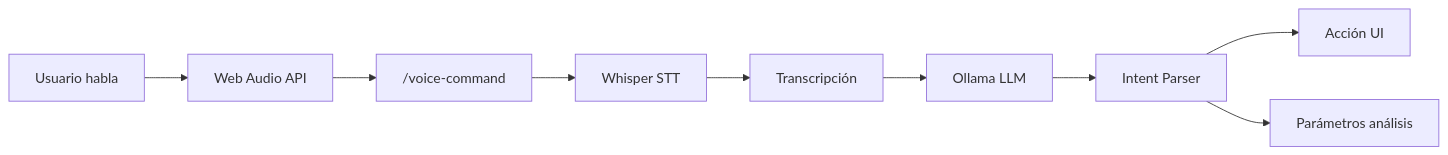
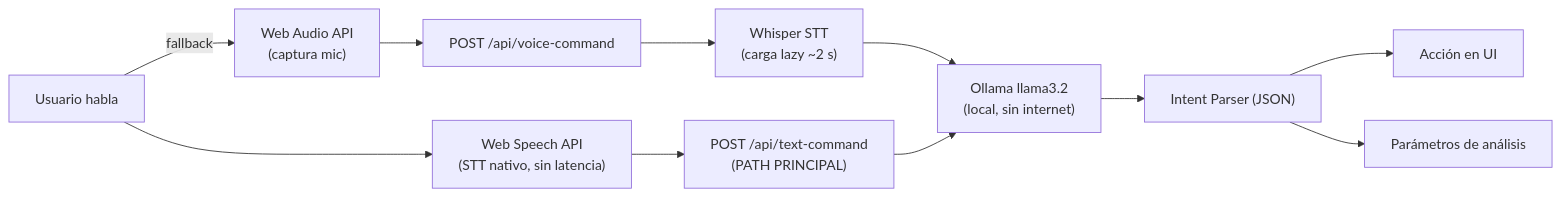
Before and after one commit to Zidnz/Milpin-pp26-v.1-: the third of 3 diagrams in README.md, drawn with Mermaid. The commit also changed other lines of this file, not shown here.

````diff
--- a/README.md
+++ b/README.md
@@ -557,11 +626,17 @@
 ```mermaid
 flowchart LR
-    USER["Usuario habla"] --> AUDIO["Web Audio API"]
-    AUDIO --> ENDPOINT["/voice-command"]
-    ENDPOINT --> WHISPER["Whisper STT"]
-    WHISPER --> TEXT["Transcripción"]
-    TEXT --> OLLAMA["Ollama LLM"]
-    OLLAMA --> PARSER["Intent Parser"]
-    PARSER --> UI["Acción UI"]
-    PARSER --> PARAMS["Parámetros análisis"]
+    USER["Usuario habla"]
+
+    USER --> WSA["Web Speech API\n(STT nativo, sin latencia)"]
+    WSA --> TEXT_CMD["POST /api/text-command\n(PATH PRINCIPAL)"]
+
+    USER --> |"fallback"| AUDIO["Web Audio API\n(captura mic)"]
+    AUDIO --> VOICE_CMD["POST /api/voice-command"]
+    VOICE_CMD --> WHISPER["Whisper STT\n(carga lazy ~2 s)"]
+    WHISPER --> LLM
+
+    TEXT_CMD --> LLM["Ollama llama3.2\n(local, sin internet)"]
+    LLM --> PARSER["Intent Parser (JSON)"]
+    PARSER --> UI["Acción en UI"]
+    PARSER --> PARAMS["Parámetros de análisis"]
 ```
````
